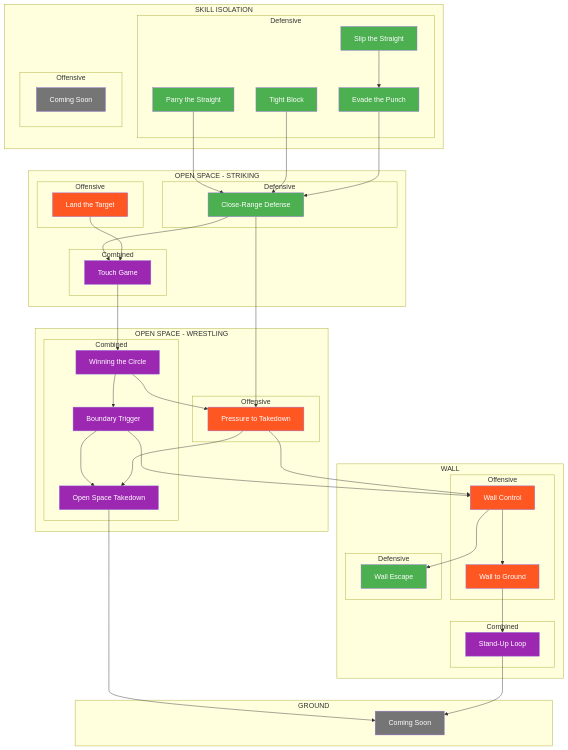
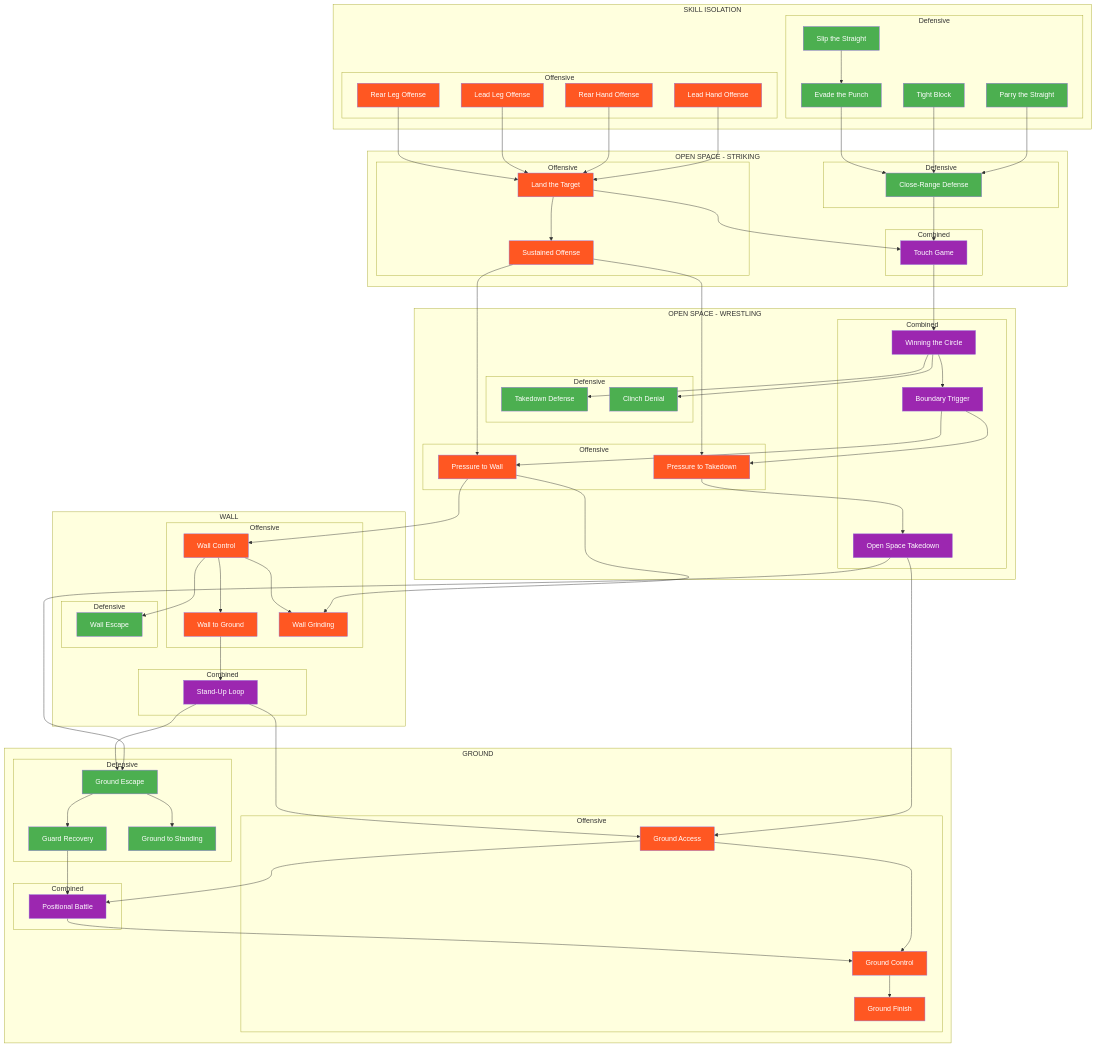
The first of 5 diagrams in docs/system/map.md (ACalienes/Ecological-MMA-Game-System), drawn with Mermaid before and after one commit. The commit also changed other lines of this file and 24 other files, not shown here.

First line of the commit message:
Expand system to 31 games with full offensive/defensive symmetry

````diff
--- a/docs/system/map.md
+++ b/docs/system/map.md
@@ -16,7 +16,10 @@
             EP[Evade the Punch]
         end
         subgraph SI_OFF["Offensive"]
-            SIO[Coming Soon]
+            LHO[Lead Hand Offense]
+            RHO[Rear Hand Offense]
+            LLO[Lead Leg Offense]
+            RLO[Rear Leg Offense]
         end
     end
 
@@ -26,6 +29,7 @@
         end
         subgraph OS_OFF["Offensive"]
             LT[Land the Target]
+            SO[Sustained Offense]
         end
         subgraph OS_COM["Combined"]
             TG[Touch Game]
@@ -35,6 +39,11 @@
     subgraph OPEN_WRESTLING["OPEN SPACE - WRESTLING"]
         subgraph OW_OFF["Offensive"]
             PTT[Pressure to Takedown]
+            PTW[Pressure to Wall]
+        end
+        subgraph OW_DEF["Defensive"]
+            TDD[Takedown Defense]
+            CD[Clinch Denial]
         end
         subgraph OW_COM["Combined"]
             WC[Winning the Circle]
@@ -47,6 +56,7 @@
         subgraph W_OFF["Offensive"]
             WCon[Wall Control]
             WG[Wall to Ground]
+            WGr[Wall Grinding]
         end
         subgraph W_DEF["Defensive"]
             WE[Wall Escape]
@@ -57,7 +67,19 @@
     end
 
     subgraph GROUND["GROUND"]
-        GRD[Coming Soon]
+        subgraph G_OFF["Offensive"]
+            GA[Ground Access]
+            GC[Ground Control]
+            GF[Ground Finish]
+        end
+        subgraph G_DEF["Defensive"]
+            GE[Ground Escape]
+            GR[Guard Recovery]
+            GTS[Ground to Standing]
+        end
+        subgraph G_COM["Combined"]
+            PB[Positional Battle]
+        end
     end
 
     %% Skill Isolation flows
@@ -65,31 +87,51 @@
     TB --> CRD
     SS --> EP
     EP --> CRD
+    LHO --> LT
+    RHO --> LT
+    LLO --> LT
+    RLO --> LT
 
     %% Offensive/Defensive convergence
     CRD --> TG
     LT --> TG
+    LT --> SO
 
     %% Open Space progression
     TG --> WC
     WC --> BT
+    WC --> CD
+    WC --> TDD
 
-    %% Wrestling progression
-    BT --> WCon
-    BT --> OST
-    CRD --> PTT
-    WC --> PTT
-    PTT --> WCon
+    %% Wrestling offensive paths
+    SO --> PTT
+    SO --> PTW
+    BT --> PTT
+    BT --> PTW
     PTT --> OST
+    PTW --> WCon
+    PTW --> WGr
 
     %% Wall progression
     WCon --> WE
     WCon --> WG
+    WCon --> WGr
     WG --> SUL
 
     %% To Ground
-    OST --> GRD
-    SUL --> GRD
+    OST --> GA
+    OST --> GE
+    SUL --> GA
+    SUL --> GE
+
+    %% Ground progression
+    GA --> GC
+    GC --> GF
+    GE --> GR
+    GE --> GTS
+    GR --> PB
+    GA --> PB
+    PB --> GC
 
     %% Styling by focus
     style P fill:#4CAF50,color:#fff
@@ -98,18 +140,31 @@
     style EP fill:#4CAF50,color:#fff
     style CRD fill:#4CAF50,color:#fff
     style WE fill:#4CAF50,color:#fff
+    style TDD fill:#4CAF50,color:#fff
+    style CD fill:#4CAF50,color:#fff
+    style GE fill:#4CAF50,color:#fff
+    style GR fill:#4CAF50,color:#fff
+    style GTS fill:#4CAF50,color:#fff
 
+    style LHO fill:#FF5722,color:#fff
+    style RHO fill:#FF5722,color:#fff
+    style LLO fill:#FF5722,color:#fff
+    style RLO fill:#FF5722,color:#fff
     style LT fill:#FF5722,color:#fff
+    style SO fill:#FF5722,color:#fff
     style PTT fill:#FF5722,color:#fff
+    style PTW fill:#FF5722,color:#fff
     style WCon fill:#FF5722,color:#fff
     style WG fill:#FF5722,color:#fff
+    style WGr fill:#FF5722,color:#fff
+    style GA fill:#FF5722,color:#fff
+    style GC fill:#FF5722,color:#fff
+    style GF fill:#FF5722,color:#fff
 
     style TG fill:#9C27B0,color:#fff
     style WC fill:#9C27B0,color:#fff
     style BT fill:#9C27B0,color:#fff
     style OST fill:#9C27B0,color:#fff
     style SUL fill:#9C27B0,color:#fff
-
-    style SIO fill:#757575,color:#fff
-    style GRD fill:#757575,color:#fff
+    style PB fill:#9C27B0,color:#fff
 ```
````
